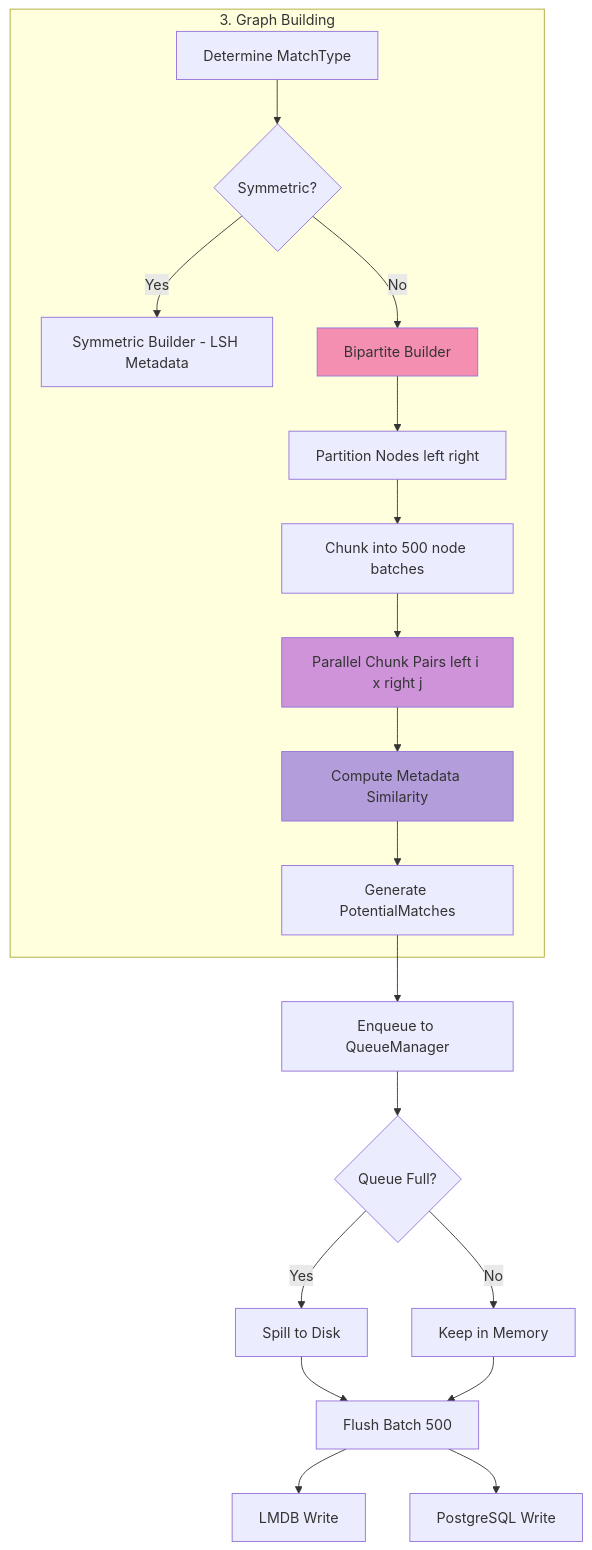
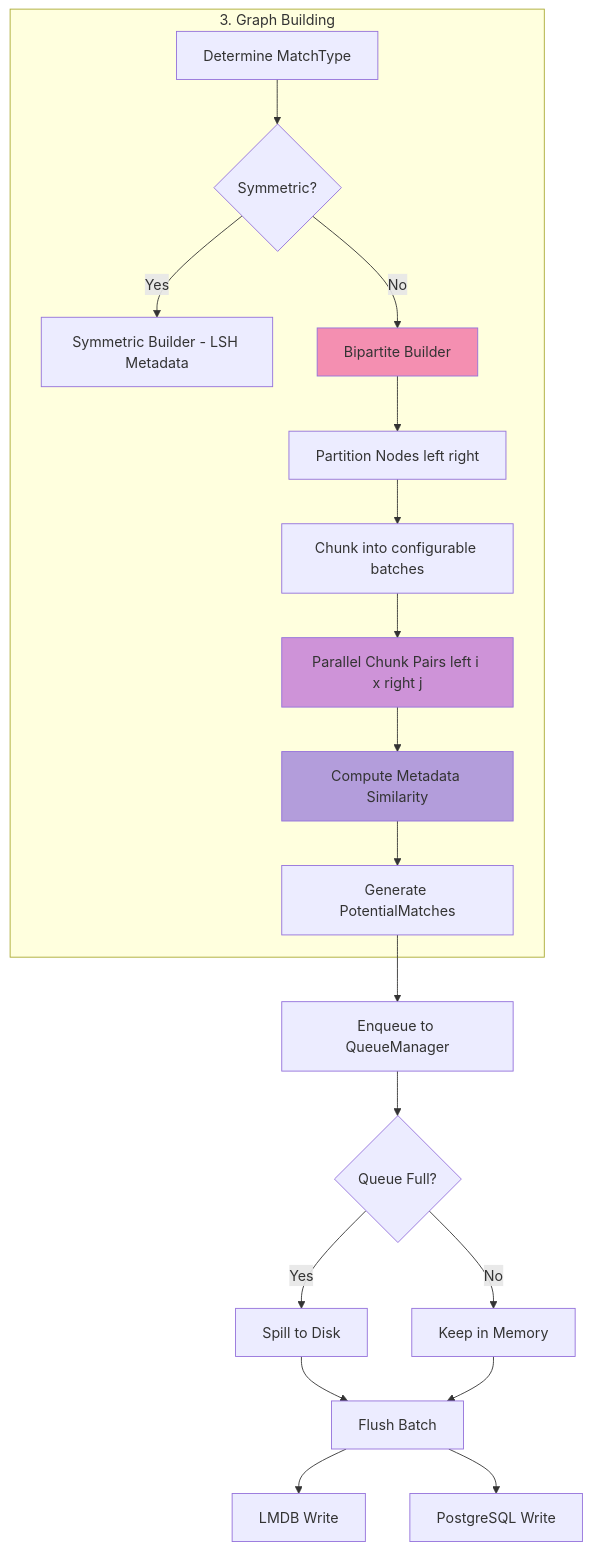
The tenth of 25 diagrams in docs/Low Level Designs/ScheduledPotentialMatchesCreation.md (kagit00/schedule_x), drawn with Mermaid before and after one commit. The commit also changed other lines of this file and 7 other files, not shown here.

````diff
--- a/docs/Low Level Designs/ScheduledPotentialMatchesCreation.md
+++ b/docs/Low Level Designs/ScheduledPotentialMatchesCreation.md
@@ -517,28 +420,24 @@
 ```mermaid
 flowchart TB
     subgraph G["3. Graph Building"]
         D1[Determine MatchType] --> D2{Symmetric?}
         D2 -->|Yes| D3[Symmetric Builder - LSH Metadata]
         D2 -->|No| D4[Bipartite Builder]
-
         D4 --> D5[Partition Nodes left right]
-        D5 --> D6[Chunk into 500 node batches]
+        D5 --> D6[Chunk into configurable batches]
         D6 --> D7[Parallel Chunk Pairs left i x right j]
         D7 --> D8[Compute Metadata Similarity]
         D8 --> D9[Generate PotentialMatches]
     end
-
     D9 --> E1[Enqueue to QueueManager]
     E1 --> E2{Queue Full?}
     E2 -->|Yes| E3[Spill to Disk]
     E2 -->|No| E4[Keep in Memory]
-    E3 --> E5[Flush Batch 500]
-    E4 --> E5[Flush Batch 500]
-
+    E3 --> E5[Flush Batch]
+    E4 --> E5[Flush Batch]
     E5 --> F1[LMDB Write]
     E5 --> F2[PostgreSQL Write]
-
     style D4 fill:#F48FB1
     style D7 fill:#CE93D8
     style D8 fill:#B39DDB
 ```
````
